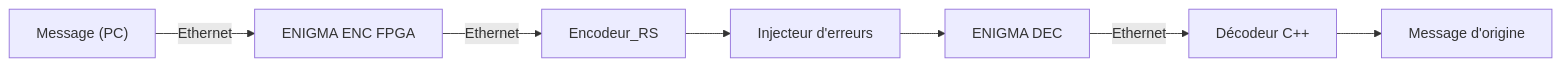
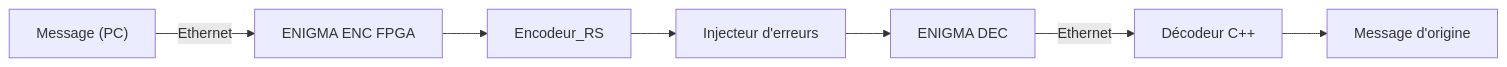
The diagram in README.md (sudo-LuSer/FFT_in_Finite_Fields_Reed_Solomon_Error_Correction), drawn with Mermaid before and after one commit.

Commit message:
Revise README for project overview and objectives
Updated README.md to include project details and structure.

````diff
--- a/README.md
+++ b/README.md
@@ -245,9 +245,9 @@
 ```mermaid
 flowchart LR
     A["Message (PC)"] -->|Ethernet| B["ENIGMA ENC FPGA"]
-    B -->|Ethernet| C["Encodeur_RS"]
+    B --> C["Encodeur_RS"]
     C --> D["Injecteur d'erreurs"]
     D --> E["ENIGMA DEC"]
     E -->|Ethernet| F["Décodeur C++"]
     F --> G["Message d'origine"]
 ```
````
